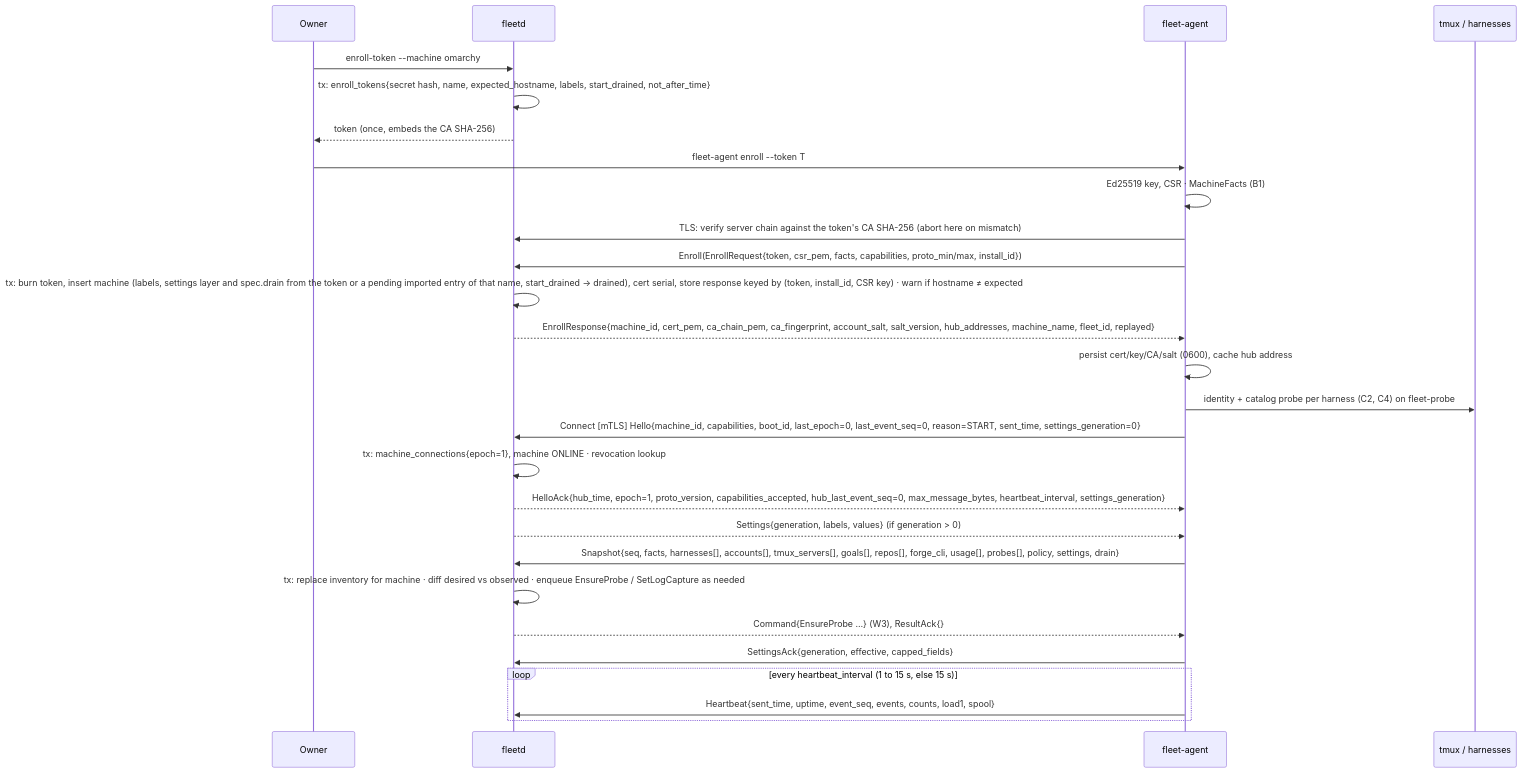
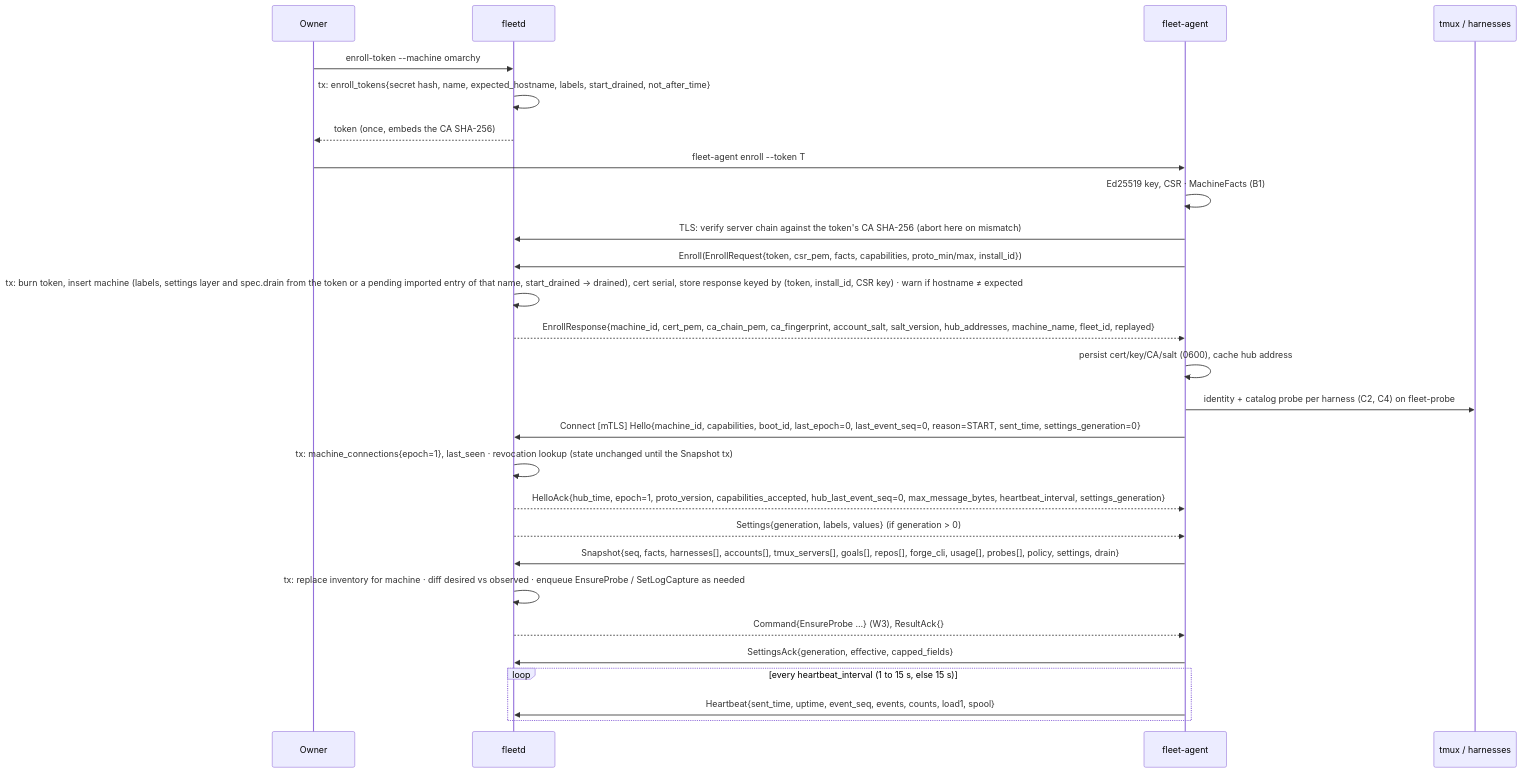
The first of 2 diagrams in docs/specs/03-workflows.md (linuxdynasty/fleet-board), drawn with Mermaid before and after one commit. The commit also changed other lines of this file and 12 other files, not shown here.

First line of the commit message:
Hub: machine_connections and the Hello transaction (row 5 PR 5a-i) (#160)

````diff
--- a/docs/specs/03-workflows.md
+++ b/docs/specs/03-workflows.md
@@ -96,29 +96,29 @@
 ```mermaid
 sequenceDiagram
   participant O as Owner
   participant H as fleetd
   participant A as fleet-agent
   participant T as tmux / harnesses
   O->>H: enroll-token --machine omarchy
   H->>H: tx: enroll_tokens{secret hash, name, expected_hostname, labels, start_drained, not_after_time}
   H-->>O: token (once, embeds the CA SHA-256)
   O->>A: fleet-agent enroll --token T
   A->>A: Ed25519 key, CSR · MachineFacts (B1)
   A->>H: TLS: verify server chain against the token's CA SHA-256 (abort here on mismatch)
   A->>H: Enroll(EnrollRequest{token, csr_pem, facts, capabilities, proto_min/max, install_id})
   H->>H: tx: burn token, insert machine (labels, settings layer and spec.drain from the token or a pending imported entry of that name, start_drained → drained), cert serial, store response keyed by (token, install_id, CSR key) · warn if hostname ≠ expected
   H-->>A: EnrollResponse{machine_id, cert_pem, ca_chain_pem, ca_fingerprint, account_salt, salt_version, hub_addresses, machine_name, fleet_id, replayed}
   A->>A: persist cert/key/CA/salt (0600), cache hub address
   A->>T: identity + catalog probe per harness (C2, C4) on fleet-probe
   A->>H: Connect [mTLS] Hello{machine_id, capabilities, boot_id, last_epoch=0, last_event_seq=0, reason=START, sent_time, settings_generation=0}
-  H->>H: tx: machine_connections{epoch=1}, machine ONLINE · revocation lookup
+  H->>H: tx: machine_connections{epoch=1}, last_seen · revocation lookup (state unchanged until the Snapshot tx)
   H-->>A: HelloAck{hub_time, epoch=1, proto_version, capabilities_accepted, hub_last_event_seq=0, max_message_bytes, heartbeat_interval, settings_generation}
   H-->>A: Settings{generation, labels, values} (if generation > 0)
   A->>H: Snapshot{seq, facts, harnesses[], accounts[], tmux_servers[], goals[], repos[], forge_cli, usage[], probes[], policy, settings, drain}
   H->>H: tx: replace inventory for machine · diff desired vs observed · enqueue EnsureProbe / SetLogCapture as needed
   H-->>A: Command{EnsureProbe …} (W3), ResultAck{}
   A->>H: SettingsAck{generation, effective, capped_fields}
   loop every heartbeat_interval (1 to 15 s, else 15 s)
     A->>H: Heartbeat{sent_time, uptime, event_seq, events, counts, load1, spool}
   end
 ```
````
